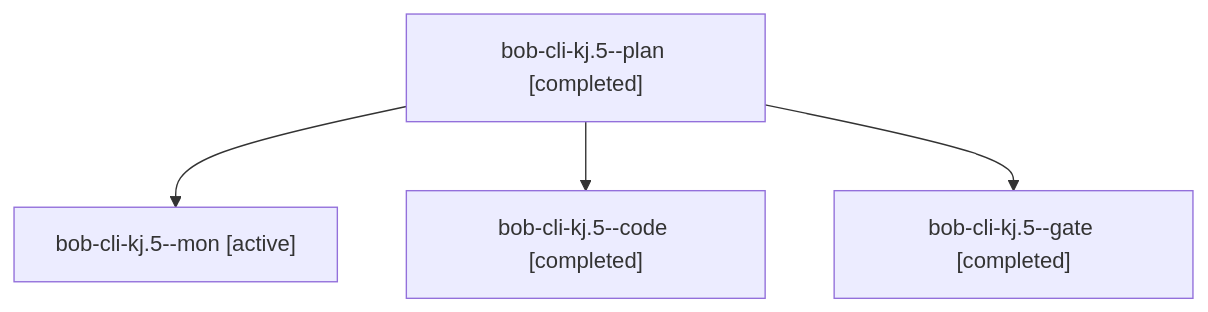
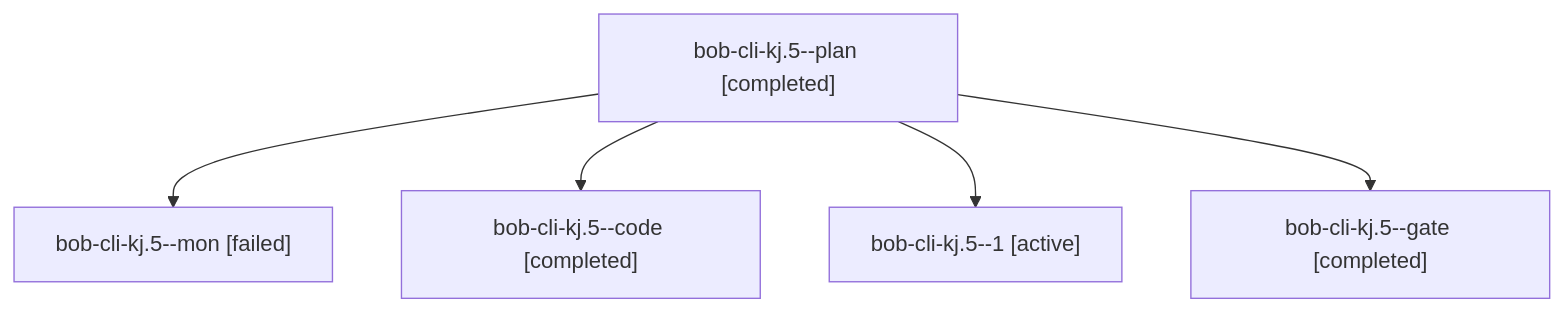
The diagram in sessions/bbugyi200.athena.bob-cli-kj.5.md (bobs-org/bob-cli--agents), drawn with Mermaid before and after one commit. The commit also changed other lines of this file and 118 other files, not shown here.

````diff
--- a/sessions/bbugyi200.athena.bob-cli-kj.5.md
+++ b/sessions/bbugyi200.athena.bob-cli-kj.5.md
@@ -9,10 +9,12 @@
 ```mermaid
 flowchart TD
   n0["bob-cli-kj.5--plan [completed]"]
-  n1["bob-cli-kj.5--mon [active]"]
+  n1["bob-cli-kj.5--mon [failed]"]
   n0 --> n1
   n2["bob-cli-kj.5--code [completed]"]
   n0 --> n2
-  n3["bob-cli-kj.5--gate [completed]"]
+  n3["bob-cli-kj.5--1 [active]"]
   n0 --> n3
+  n4["bob-cli-kj.5--gate [completed]"]
+  n0 --> n4
 ```
````
